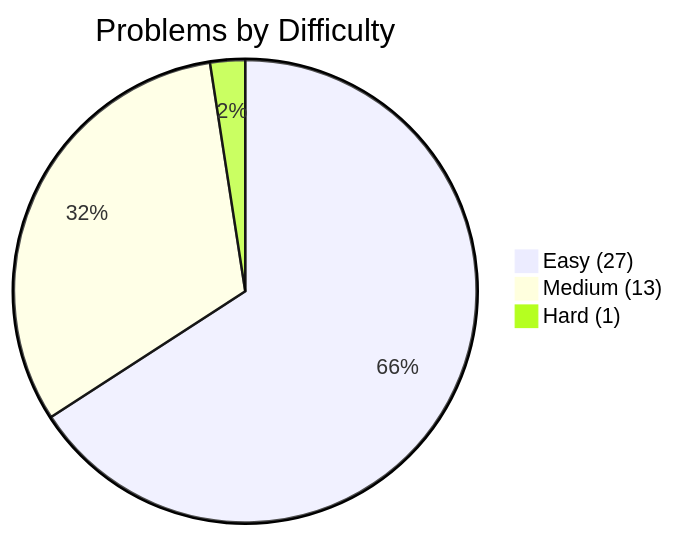
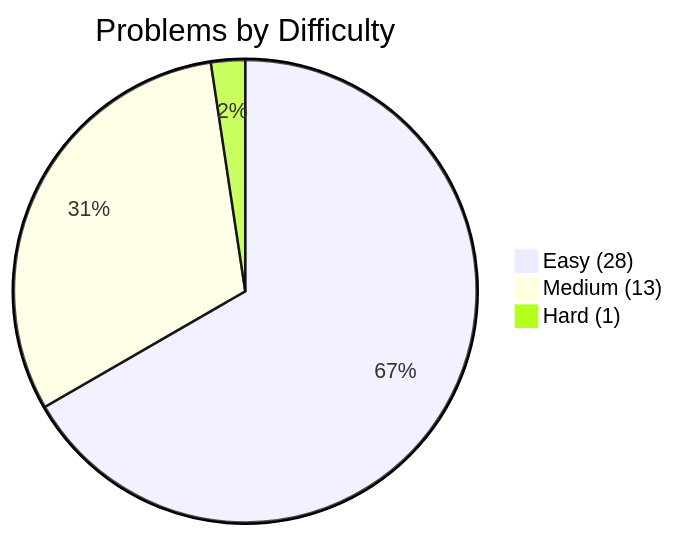
Before and after one commit to kanishk-procoder/leetcode-grind: the first of 2 diagrams in PROGRESS.md, drawn with Mermaid. The commit also changed other lines of this file and 4 other files, not shown here.

````diff
--- a/PROGRESS.md
+++ b/PROGRESS.md
@@ -5,6 +5,6 @@
 ```mermaid
 pie title Problems by Difficulty
-    "Easy (27)" : 27
+    "Easy (28)" : 28
     "Medium (13)" : 13
     "Hard (1)" : 1
 ```
````
